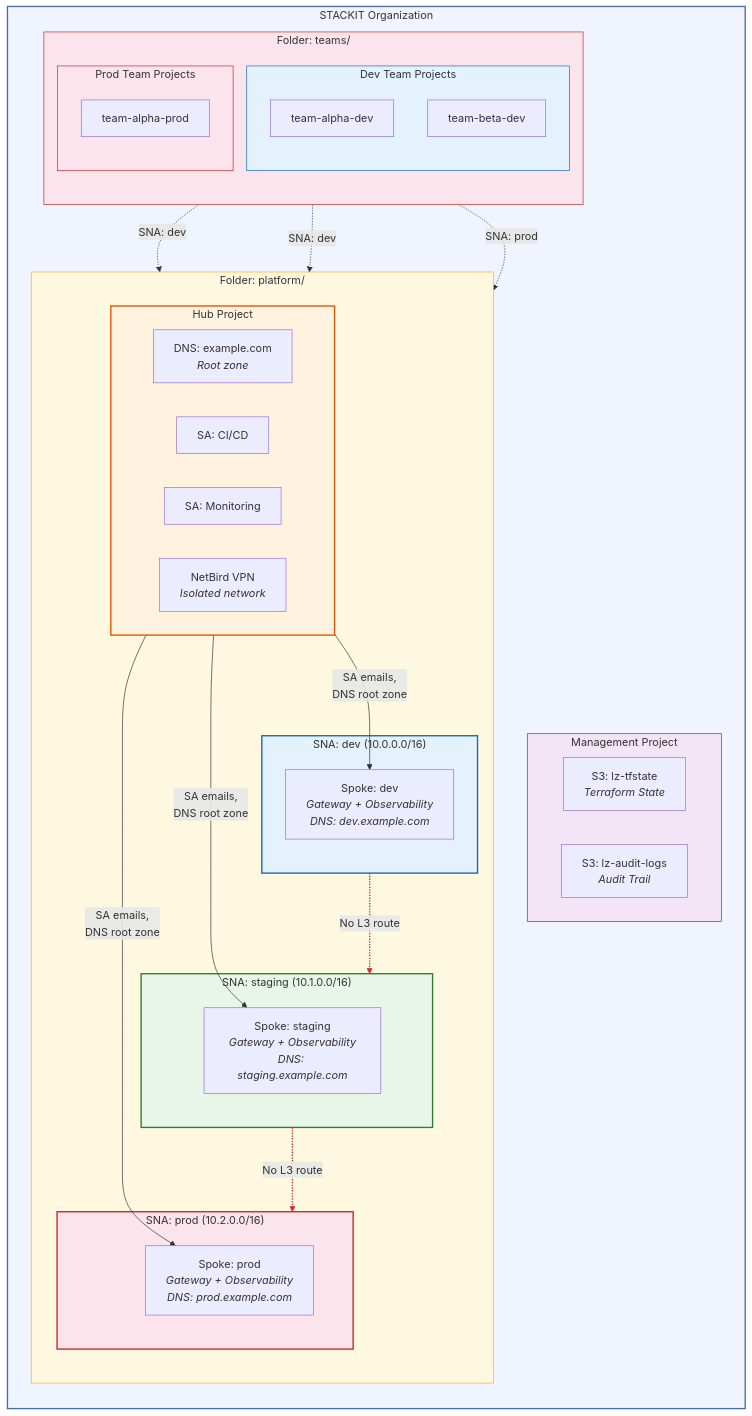
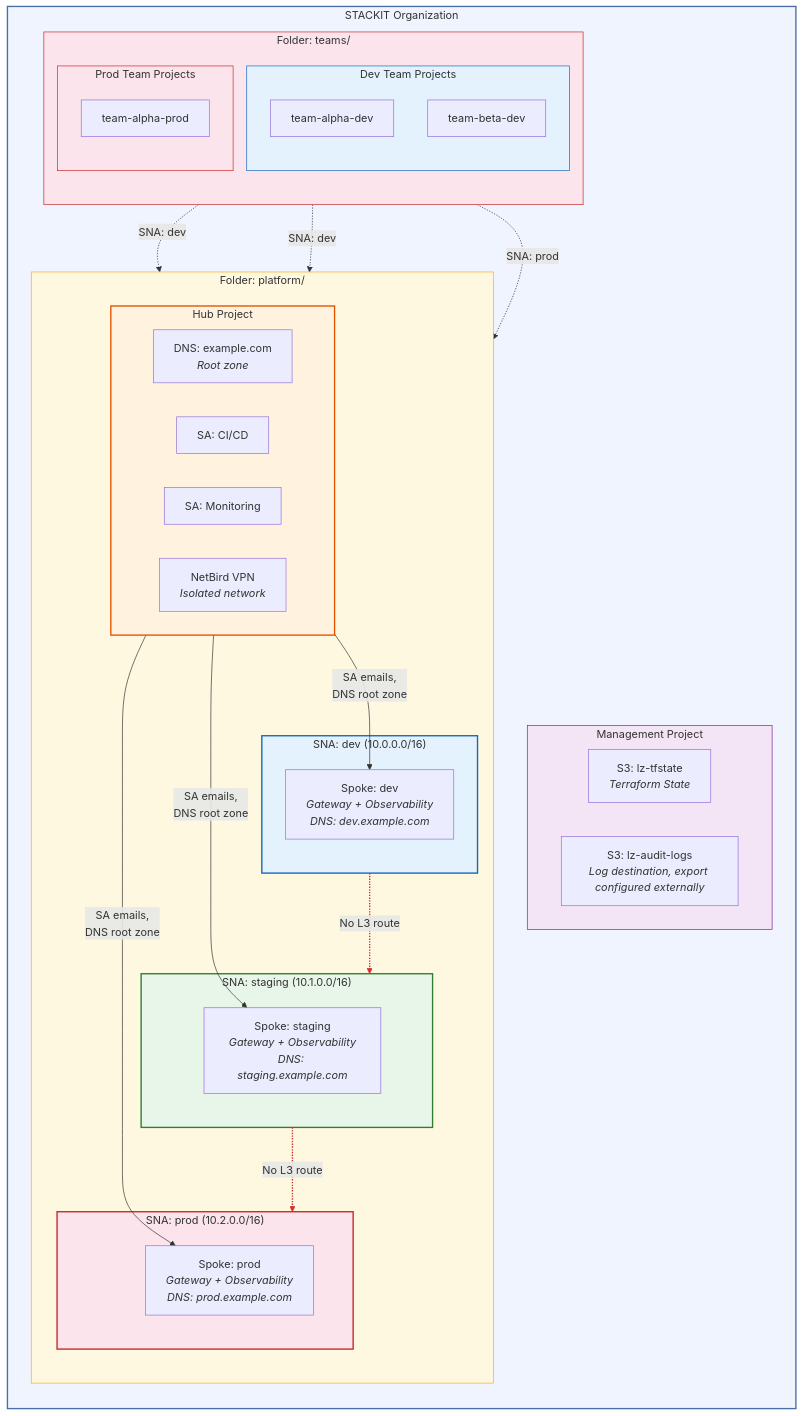
One commit to Liquid-Reply/stackit-landingzone changed the first of 12 diagrams in docs/architecture.md. Above: the diagram before and after it, drawn with Mermaid. The commit also changed other lines of this file and 35 other files, not shown here.

````diff
--- a/docs/architecture.md
+++ b/docs/architecture.md
@@ -5,69 +5,69 @@
 ```mermaid
 graph TB
     subgraph org["STACKIT Organization"]
         direction TB
 
         subgraph mgmt["Management Project"]
             tfstate["S3: lz-tfstate<br/><i>Terraform State</i>"]
-            audit["S3: lz-audit-logs<br/><i>Audit Trail</i>"]
+            audit["S3: lz-audit-logs<br/><i>Log destination, export configured externally</i>"]
         end
 
         subgraph platform["Folder: platform/"]
             direction TB
 
             subgraph hub["Hub Project"]
                 direction LR
                 dns_root["DNS: example.com<br/><i>Root zone</i>"]
                 sa_cicd["SA: CI/CD"]
                 sa_mon["SA: Monitoring"]
                 netbird_srv["NetBird VPN<br/><i>Isolated network</i>"]
             end
 
             subgraph sna_dev["SNA: dev (10.0.0.0/16)"]
                 spoke_dev["Spoke: dev<br/><i>Gateway + Observability</i><br/><i>DNS: dev.example.com</i>"]
             end
 
             subgraph sna_stg["SNA: staging (10.1.0.0/16)"]
                 spoke_stg["Spoke: staging<br/><i>Gateway + Observability</i><br/><i>DNS: staging.example.com</i>"]
             end
 
             subgraph sna_prod["SNA: prod (10.2.0.0/16)"]
                 spoke_prod["Spoke: prod<br/><i>Gateway + Observability</i><br/><i>DNS: prod.example.com</i>"]
             end
         end
 
         subgraph teams["Folder: teams/"]
             direction TB
             subgraph dev_teams["Dev Team Projects"]
                 alpha_dev["team-alpha-dev"]
                 beta_dev["team-beta-dev"]
             end
             subgraph prod_teams["Prod Team Projects"]
                 alpha_prod["team-alpha-prod"]
             end
         end
     end
 
     hub -->|"SA emails,<br/>DNS root zone"| spoke_dev & spoke_stg & spoke_prod
 
     alpha_dev -.->|"SNA: dev"| sna_dev
     beta_dev -.->|"SNA: dev"| sna_dev
     alpha_prod -.->|"SNA: prod"| sna_prod
 
     sna_dev -.->|"No L3 route"| sna_stg
     sna_stg -.->|"No L3 route"| sna_prod
 
     style org fill:#f0f4ff,stroke:#4a6fa5,stroke-width:2px
     style hub fill:#fff3e0,stroke:#e65100,stroke-width:2px
     style mgmt fill:#f3e5f5,stroke:#7b1fa2,stroke-width:1px
     style platform fill:#fff8e1,stroke:#f9a825,stroke-width:1px
     style teams fill:#fce4ec,stroke:#c62828,stroke-width:1px
     style sna_dev fill:#e3f2fd,stroke:#1565c0,stroke-width:2px
     style sna_stg fill:#e8f5e9,stroke:#2e7d32,stroke-width:2px
     style sna_prod fill:#fce4ec,stroke:#c62828,stroke-width:2px
     style dev_teams fill:#e3f2fd,stroke:#1565c0,stroke-width:1px
     style prod_teams fill:#fce4ec,stroke:#c62828,stroke-width:1px
 
     linkStyle 6 stroke:#d32f2f,stroke-width:2px
     linkStyle 7 stroke:#d32f2f,stroke-width:2px
 ```
````
